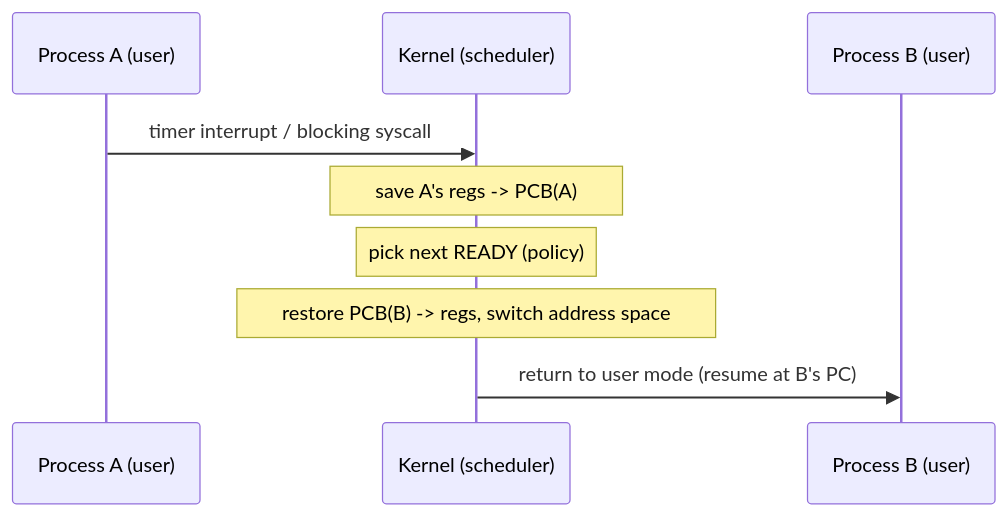
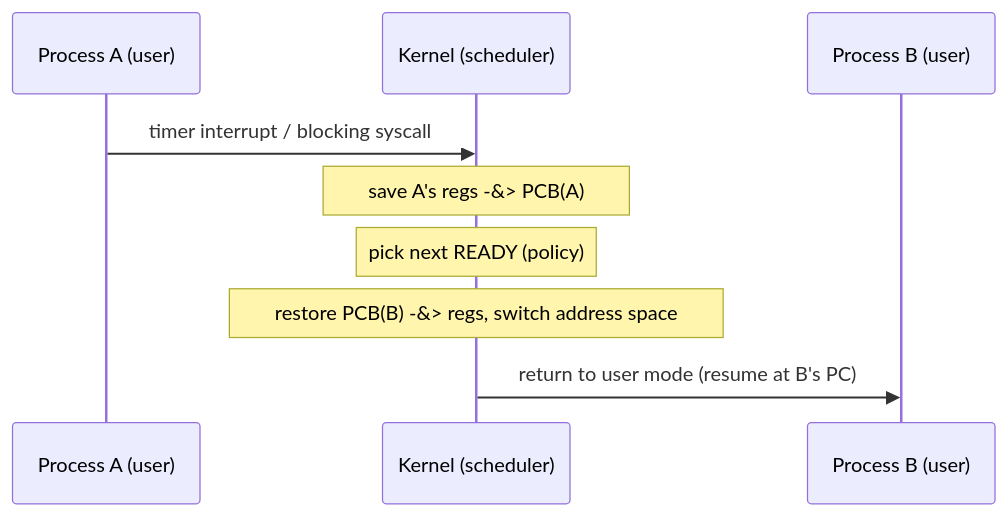
One commit to 21r21a33333/system-design-course changed the third of 3 diagrams in course/os/virtualization-cpu/processes.md. Above: the diagram before and after it, drawn with Mermaid. The commit also changed 13 other files, not shown here.

First line of the commit message:
feat(os): Virtualization·Memory (9 pages) + mermaid entity fix

````diff
--- a/course/os/virtualization-cpu/processes.md
+++ b/course/os/virtualization-cpu/processes.md
@@ -216,11 +216,11 @@
 ```mermaid
 sequenceDiagram
   participant A as Process A (user)
   participant K as Kernel (scheduler)
   participant B as Process B (user)
   A->>K: timer interrupt / blocking syscall
-  Note over K: save A's regs -#62; PCB(A)
+  Note over K: save A's regs -&#62; PCB(A)
   Note over K: pick next READY (policy)
-  Note over K: restore PCB(B) -#62; regs, switch address space
+  Note over K: restore PCB(B) -&#62; regs, switch address space
   K->>B: return to user mode (resume at B's PC)
 ```
````
